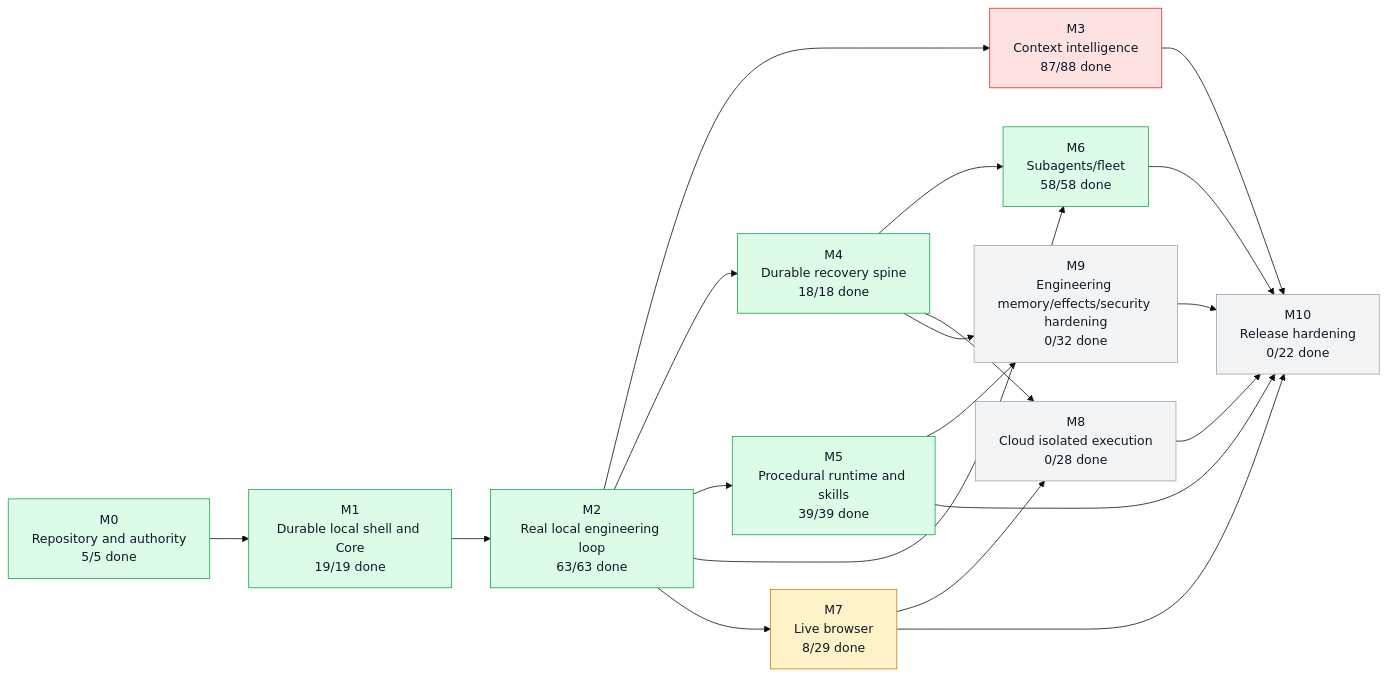
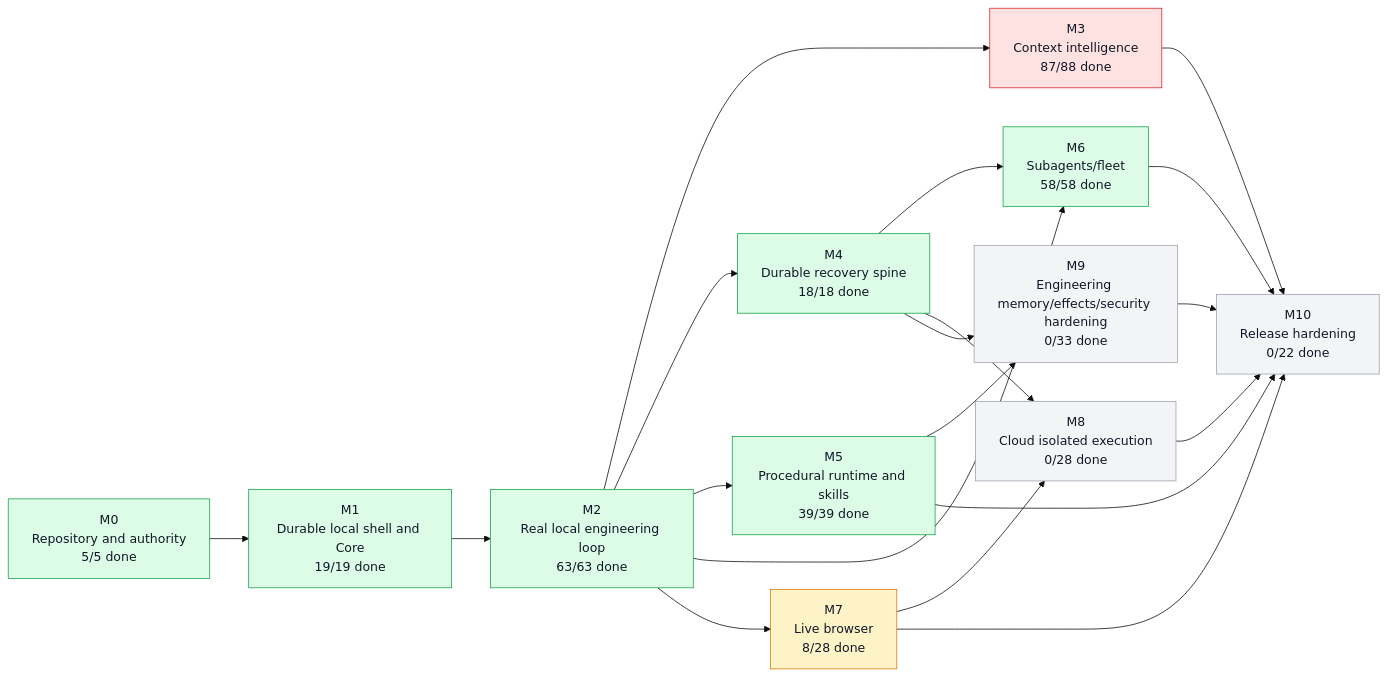
The first of 5 diagrams in graph/PROJECT_GRAPH.md (moss101/modbit), drawn with Mermaid (base theme) before and after one commit. The commit also changed other lines of this file and 67 other files, not shown here.

````diff
--- a/graph/PROJECT_GRAPH.md
+++ b/graph/PROJECT_GRAPH.md
@@ -57,43 +57,43 @@
 ```mermaid
 flowchart LR
   M0["M0<br/>Repository and authority<br/>5/5 done"]
   M1["M1<br/>Durable local shell and Core<br/>19/19 done"]
   M2["M2<br/>Real local engineering loop<br/>63/63 done"]
   M3["M3<br/>Context intelligence<br/>87/88 done"]
   M4["M4<br/>Durable recovery spine<br/>18/18 done"]
   M5["M5<br/>Procedural runtime and skills<br/>39/39 done"]
   M6["M6<br/>Subagents/fleet<br/>58/58 done"]
-  M7["M7<br/>Live browser<br/>8/29 done"]
+  M7["M7<br/>Live browser<br/>8/28 done"]
   M8["M8<br/>Cloud isolated execution<br/>0/28 done"]
-  M9["M9<br/>Engineering memory/effects/security hardening<br/>0/32 done"]
+  M9["M9<br/>Engineering memory/effects/security hardening<br/>0/33 done"]
   M10["M10<br/>Release hardening<br/>0/22 done"]
   M0 --> M1
   M1 --> M2
   M2 --> M3
   M2 --> M4
   M2 --> M5
   M2 --> M6
   M4 --> M6
   M2 --> M7
   M4 --> M8
   M7 --> M8
   M4 --> M9
   M5 --> M9
   M3 --> M10
   M5 --> M10
   M6 --> M10
   M7 --> M10
   M8 --> M10
   M9 --> M10
   style M0 fill:#dcfce7,stroke:#16a34a,color:#111827
   style M1 fill:#dcfce7,stroke:#16a34a,color:#111827
   style M2 fill:#dcfce7,stroke:#16a34a,color:#111827
   style M3 fill:#fee2e2,stroke:#dc2626,color:#111827
   style M4 fill:#dcfce7,stroke:#16a34a,color:#111827
   style M5 fill:#dcfce7,stroke:#16a34a,color:#111827
   style M6 fill:#dcfce7,stroke:#16a34a,color:#111827
   style M7 fill:#fef3c7,stroke:#d97706,color:#111827
   style M8 fill:#f3f4f6,stroke:#9ca3af,color:#111827
   style M9 fill:#f3f4f6,stroke:#9ca3af,color:#111827
   style M10 fill:#f3f4f6,stroke:#9ca3af,color:#111827
 ```
````
